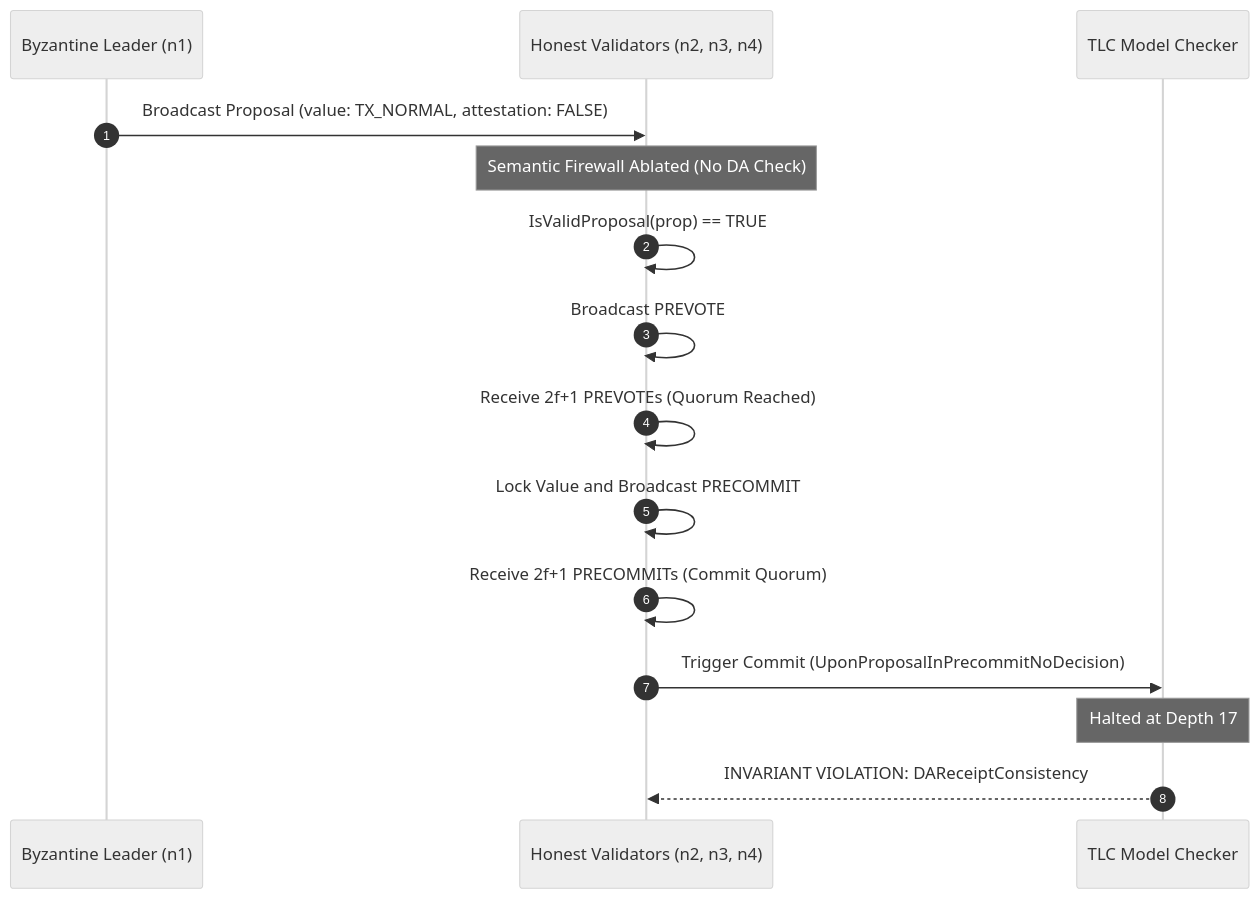
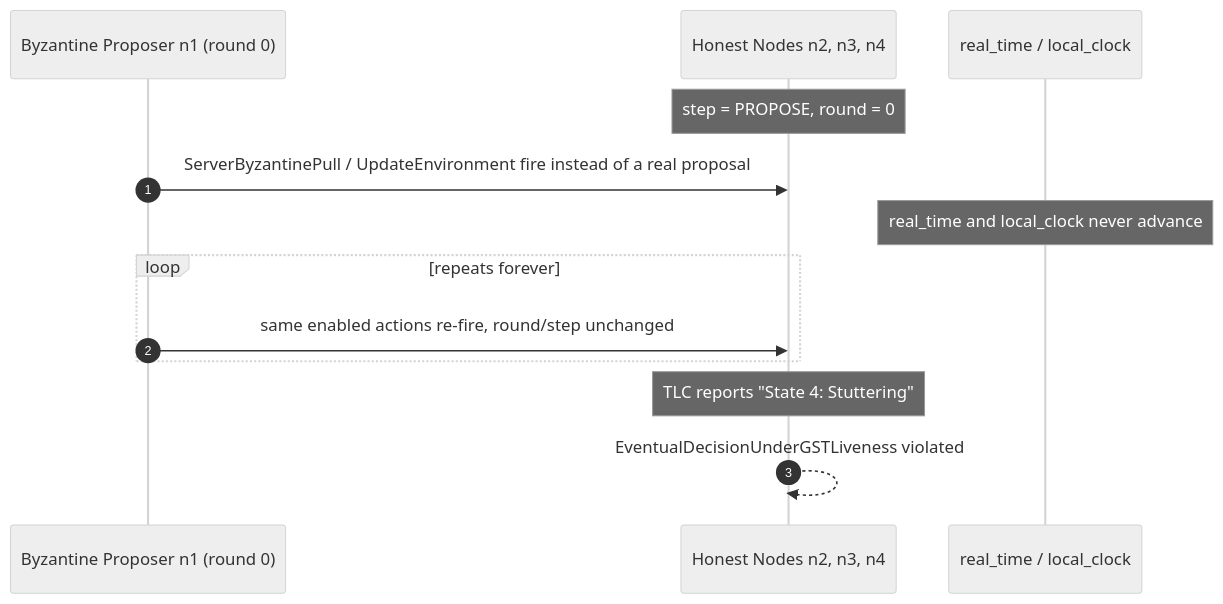
One commit to cuongct924/engram-sovereign-fsm changed the seventh of 8 diagrams in spec/README.md. Above: the diagram before and after it, drawn with Mermaid (neutral theme). The commit also changed other lines of this file and 5 other files, not shown here.

````diff
--- a/spec/README.md
+++ b/spec/README.md
@@ -917,25 +951,16 @@
 ```mermaid
 sequenceDiagram
     autonumber
-    
-    participant H as Byzantine Leader (n1)
-    participant V as Honest Validators (n2, n3, n4)
-    participant TLC as TLC Model Checker
+    participant B as Byzantine Proposer n1 (round 0)
+    participant V as Honest Nodes n2, n3, n4
+    participant Clock as real_time / local_clock
 
-    H->>V: Broadcast Proposal (value: TX_NORMAL, attestation: FALSE)
-    
-    Note over V: Semantic Firewall Ablated (No DA Check)
-    V->>V: IsValidProposal(prop) == TRUE
-    
-    V->>V: Broadcast PREVOTE
-    
-    V->>V: Receive 2f+1 PREVOTEs (Quorum Reached)
-    V->>V: Lock Value and Broadcast PRECOMMIT
-    
-    V->>V: Receive 2f+1 PRECOMMITs (Commit Quorum)
-    
-    V->>TLC: Trigger Commit (UponProposalInPrecommitNoDecision)
-    
-    Note over TLC: Halted at Depth 17
-    TLC-->>V: INVARIANT VIOLATION: DAReceiptConsistency
+    Note over V: step = PROPOSE, round = 0
+    B->>V: ServerByzantinePull / UpdateEnvironment fire instead of a real proposal
+    Note over Clock: real_time and local_clock never advance
+    loop repeats forever
+        B->>V: same enabled actions re-fire, round/step unchanged
+    end
+    Note over V: TLC reports "State 4: Stuttering"
+    V-->>V: EventualDecisionUnderGSTLiveness violated
 ```
````
